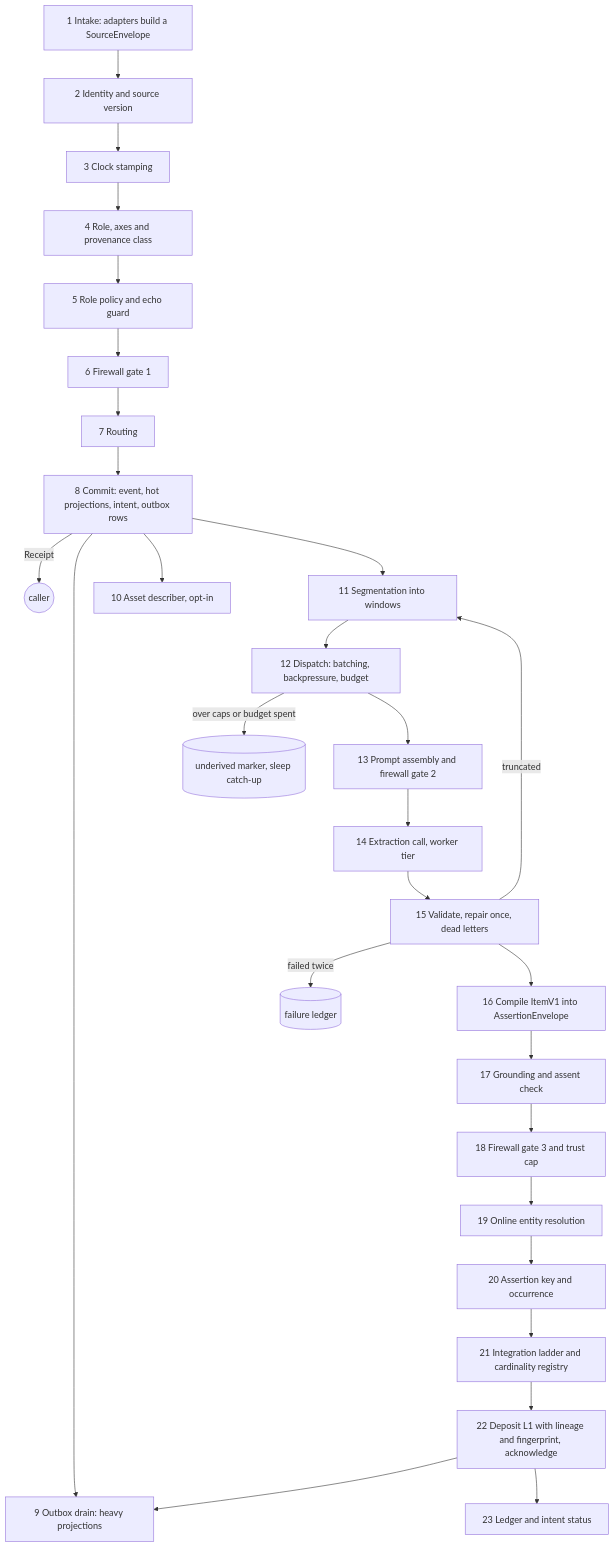
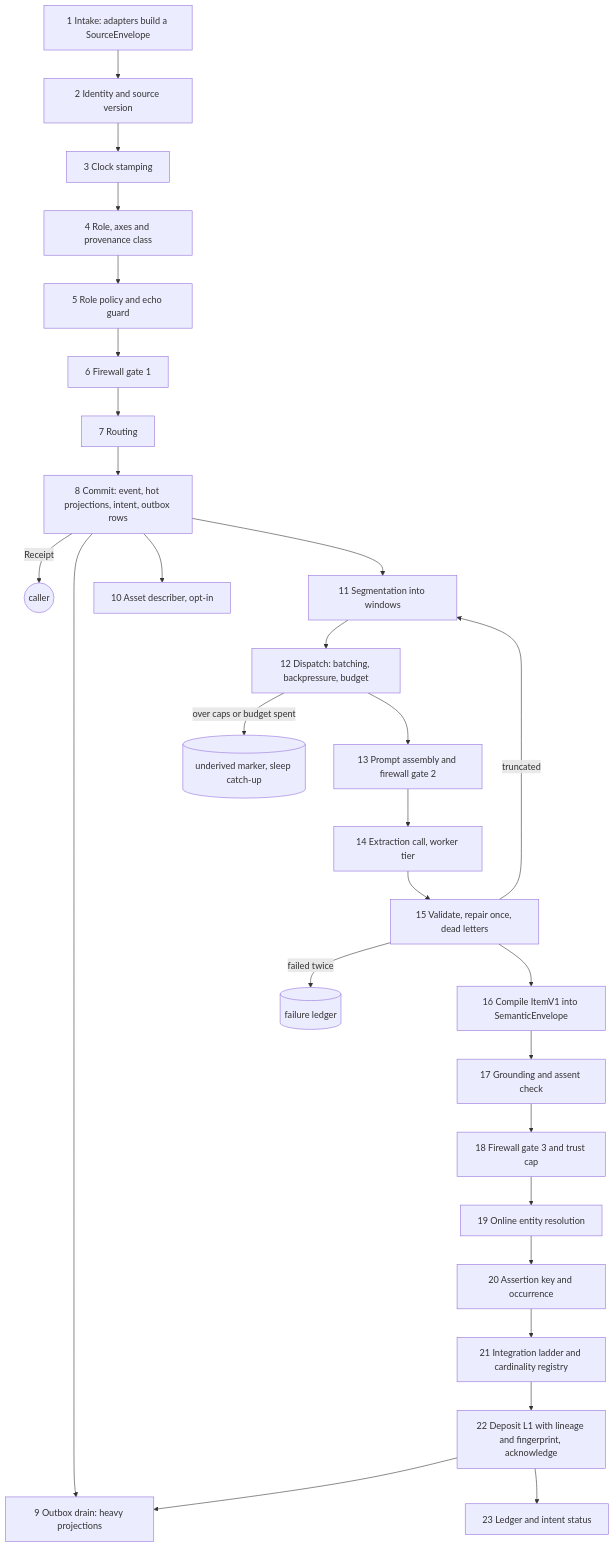
One commit to techiewonk/memspine changed the diagram in docs/v2/pipelines/insert.md. Above: the diagram before and after it, drawn with Mermaid. The commit also changed other lines of this file and 10 other files, not shown here.

First line of the commit message:
RM-129: docs describe SemanticEnvelope as the one canonical claim

````diff
--- a/docs/v2/pipelines/insert.md
+++ b/docs/v2/pipelines/insert.md
@@ -23,30 +23,30 @@
 ```mermaid
 flowchart TD
   S1[1 Intake: adapters build a SourceEnvelope] --> S2[2 Identity and source version]
   S2 --> S3[3 Clock stamping]
   S3 --> S4[4 Role, axes and provenance class]
   S4 --> S5[5 Role policy and echo guard]
   S5 --> S6[6 Firewall gate 1]
   S6 --> S7[7 Routing]
   S7 --> S8[8 Commit: event, hot projections, intent, outbox rows]
   S8 -->|Receipt| CALLER((caller))
   S8 --> S9[9 Outbox drain: heavy projections]
   S8 --> S10[10 Asset describer, opt-in]
   S8 --> S11[11 Segmentation into windows]
   S11 --> S12[12 Dispatch: batching, backpressure, budget]
   S12 -->|over caps or budget spent| UND[(underived marker, sleep catch-up)]
   S12 --> S13[13 Prompt assembly and firewall gate 2]
   S13 --> S14[14 Extraction call, worker tier]
   S14 --> S15[15 Validate, repair once, dead letters]
   S15 -->|failed twice| DL[(failure ledger)]
   S15 -->|truncated| S11
-  S15 --> S16[16 Compile ItemV1 into AssertionEnvelope]
+  S15 --> S16[16 Compile ItemV1 into SemanticEnvelope]
   S16 --> S17[17 Grounding and assent check]
   S17 --> S18[18 Firewall gate 3 and trust cap]
   S18 --> S19[19 Online entity resolution]
   S19 --> S20[20 Assertion key and occurrence]
   S20 --> S21[21 Integration ladder and cardinality registry]
   S21 --> S22[22 Deposit L1 with lineage and fingerprint, acknowledge]
   S22 --> S9
   S22 --> S23[23 Ledger and intent status]
 ```
````
